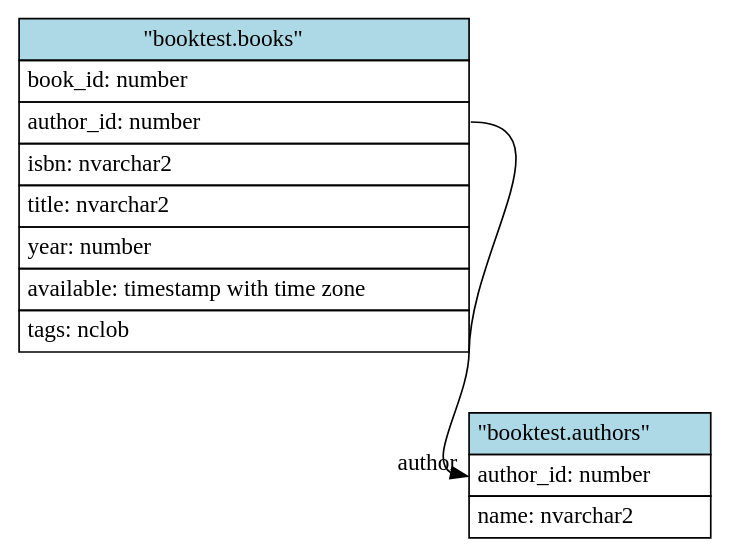
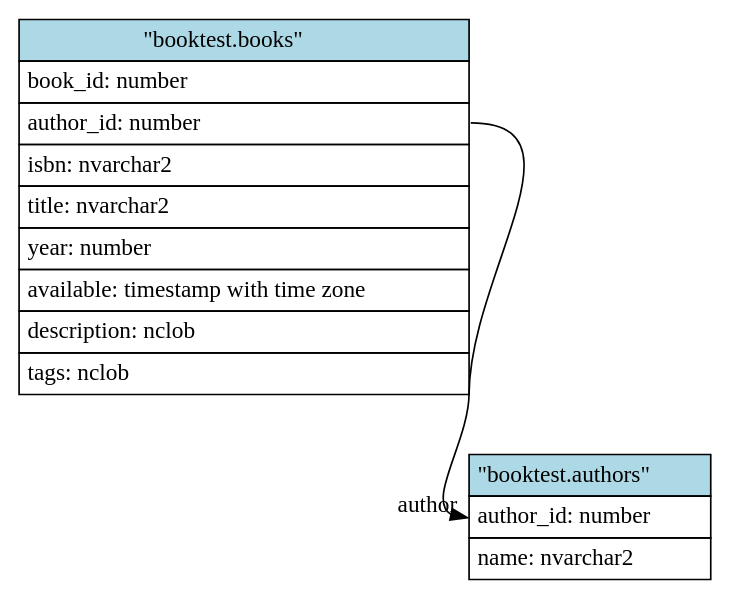
Before and after one commit to niurkacanals/Sql-expert-for-database: the diagram in _examples/booktest/oracle.xo.dot, drawn with Graphviz. The commit also changed 113 other files, not shown here.

```diff
--- a/_examples/booktest/oracle.xo.dot
+++ b/_examples/booktest/oracle.xo.dot
@@ -1,28 +1,29 @@
 // Generated by xo.
 digraph booktest {
 	// Defaults
 	node [shape=none, margin=0]
 	
 	// Nodes (tables)
 	"booktest.authors" [ label=<
 		<table border="0" cellborder="1" cellspacing="0" cellpadding="4">
 		<tr><td bgcolor="lightblue">"booktest.authors"</td></tr>
 		<tr><td align="left" PORT="author_id">author_id: number</td></tr>
 		<tr><td align="left" PORT="name">name: nvarchar2</td></tr>
 		</table>> ]
 	
 	"booktest.books" [ label=<
 		<table border="0" cellborder="1" cellspacing="0" cellpadding="4">
 		<tr><td bgcolor="lightblue">"booktest.books"</td></tr>
 		<tr><td align="left" PORT="book_id">book_id: number</td></tr>
 		<tr><td align="left" PORT="author_id">author_id: number</td></tr>
 		<tr><td align="left" PORT="isbn">isbn: nvarchar2</td></tr>
 		<tr><td align="left" PORT="title">title: nvarchar2</td></tr>
 		<tr><td align="left" PORT="year">year: number</td></tr>
 		<tr><td align="left" PORT="available">available: timestamp with time zone</td></tr>
+		<tr><td align="left" PORT="description">description: nclob</td></tr>
 		<tr><td align="left" PORT="tags">tags: nclob</td></tr>
 		</table>> ]
 	
 	"booktest.books":"author_id":e -> "booktest.authors":"author_id":w [
 		headlabel="author"]
 }
```
